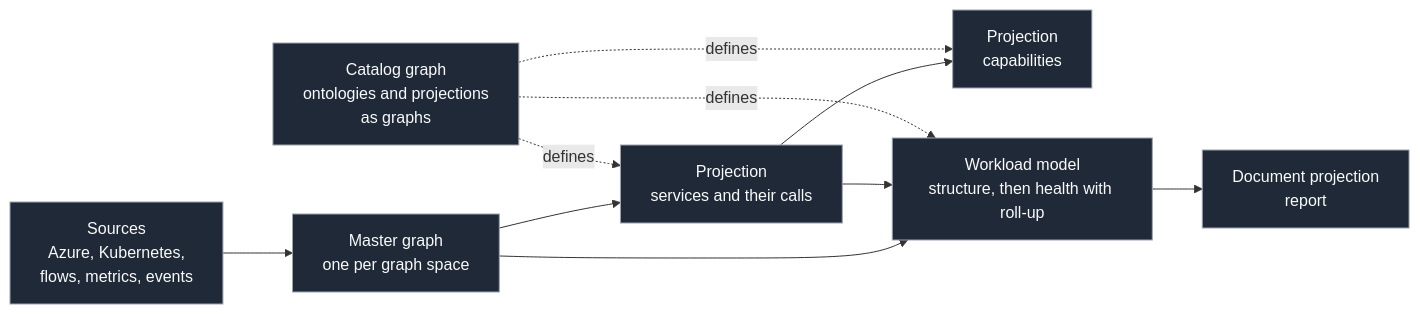
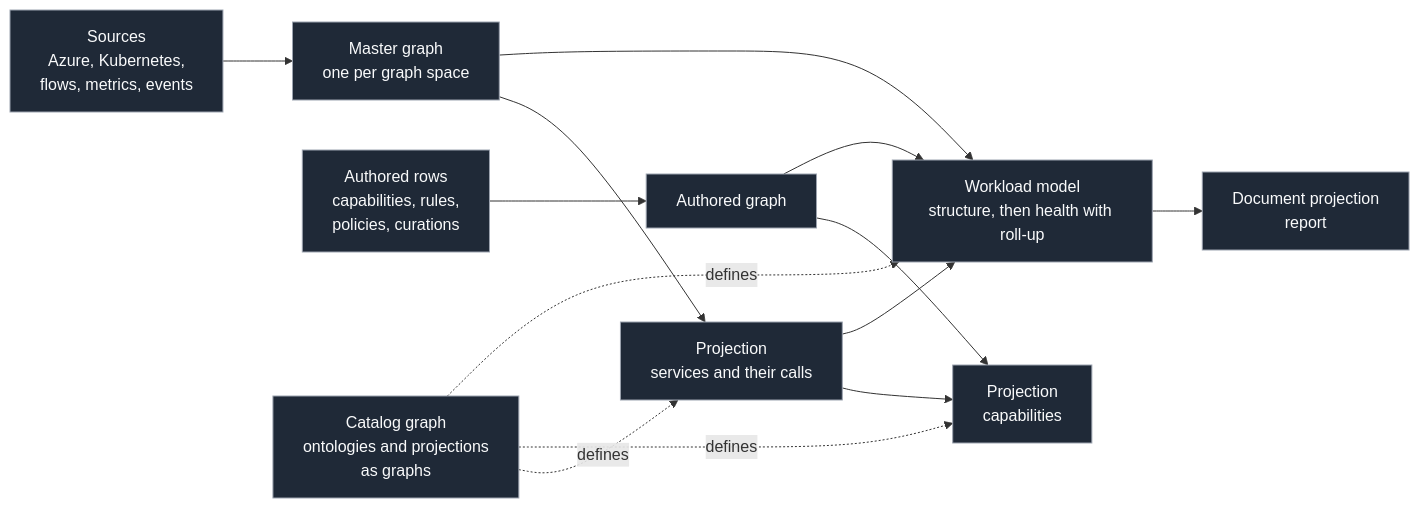
Before and after one commit to abossard/sattle: the diagram in README.md, drawn with Mermaid. The commit also changed other lines of this file and 19 other files, not shown here.

Commit message:
Definitions: acme.ops ingests authored facts into their own graph, six views read it; master keeps what is observed (Split IT, 2 of 3)

````diff
--- a/README.md
+++ b/README.md
@@ -95,14 +96,17 @@
 ```mermaid
 flowchart LR
   S["Sources<br/>Azure, Kubernetes,<br/>flows, metrics, events"] --> M["Master graph<br/>one per graph space"]
+  W["Authored rows<br/>capabilities, rules,<br/>policies, curations"] --> A["Authored graph"]
   M --> P1["Projection<br/>services and their calls"]
   P1 --> P2["Projection<br/>capabilities"]
+  A --> P2
+  A --> H
   M --> H["Workload model<br/>structure, then health with roll-up"]
   P1 --> H
   H --> D["Document projection<br/>report"]
   C["Catalog graph<br/>ontologies and projections<br/>as graphs"] -.defines.-> P1
   C -.defines.-> P2
   C -.defines.-> H
   classDef box fill:#1f2937,stroke:#9ca3af,color:#f9fafb;
-  class S,M,P1,P2,H,D,C box;
+  class S,W,M,A,P1,P2,H,D,C box;
 ```
````
